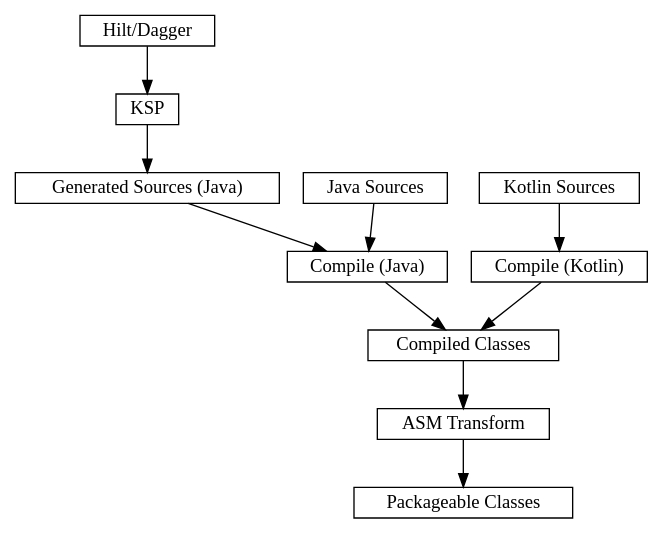
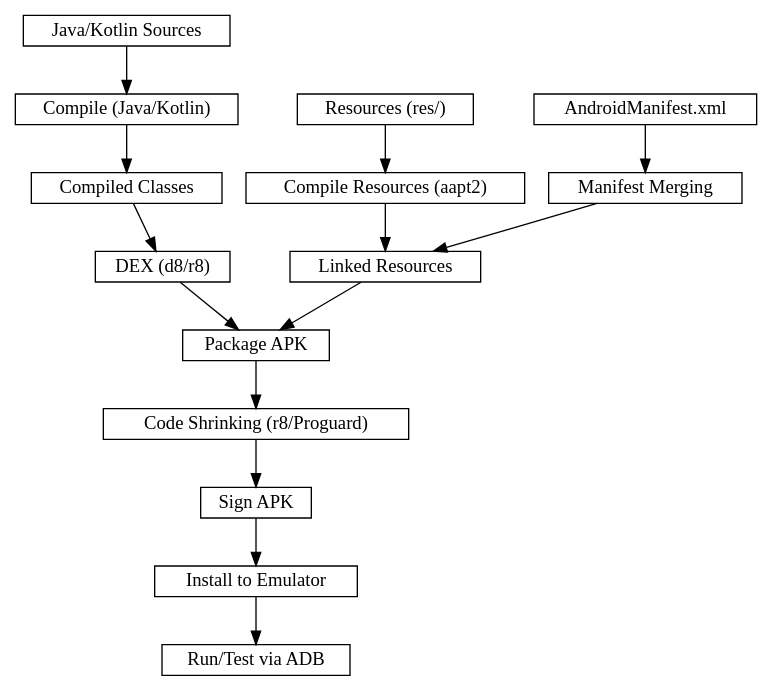
Before and after one commit to com-lihaoyi/mill: the first of 2 diagrams in website/blog/modules/ROOT/pages/14-android-mill-support-for-hilt.adoc, drawn with Graphviz. The commit also changed other lines of this file and 2 other files, not shown here.

```diff
--- a/website/blog/modules/ROOT/pages/14-android-mill-support-for-hilt.adoc
+++ b/website/blog/modules/ROOT/pages/14-android-mill-support-for-hilt.adoc
@@ -125,16 +54,21 @@
 [graphviz]
 ....
 digraph G {
   rankdir=TB
   node [shape=box width=0 height=0]
-  "Hilt/Dagger" -> "KSP"
-  "KSP" -> "Generated Sources (Java)"
-  "Generated Sources (Java)" -> "Compile (Java)"
-  "Java Sources" -> "Compile (Java)"
-  "Kotlin Sources" -> "Compile (Kotlin)"
-  "Compile (Java)" -> "Compiled Classes"
-  "Compile (Kotlin)" -> "Compiled Classes"
-  "Compiled Classes" -> "ASM Transform"
-  "ASM Transform" -> "Packageable Classes"
+
+  "Java/Kotlin Sources" -> "Compile (Java/Kotlin)"
+  "Resources (res/)" -> "Compile Resources (aapt2)"
+  "AndroidManifest.xml" -> "Manifest Merging"
+  "Manifest Merging" -> "Linked Resources"
+  "Compile Resources (aapt2)" -> "Linked Resources"
+  "Compile (Java/Kotlin)" -> "Compiled Classes"
+  "Linked Resources" -> "Package APK"
+  "Compiled Classes" -> "DEX (d8/r8)"
+  "DEX (d8/r8)" -> "Package APK"
+  "Package APK" -> "Code Shrinking (r8/Proguard)"
+  "Code Shrinking (r8/Proguard)" -> "Sign APK"
+  "Sign APK" -> "Install to Emulator"
+  "Install to Emulator" -> "Run/Test via ADB"
 }
 ....
```
